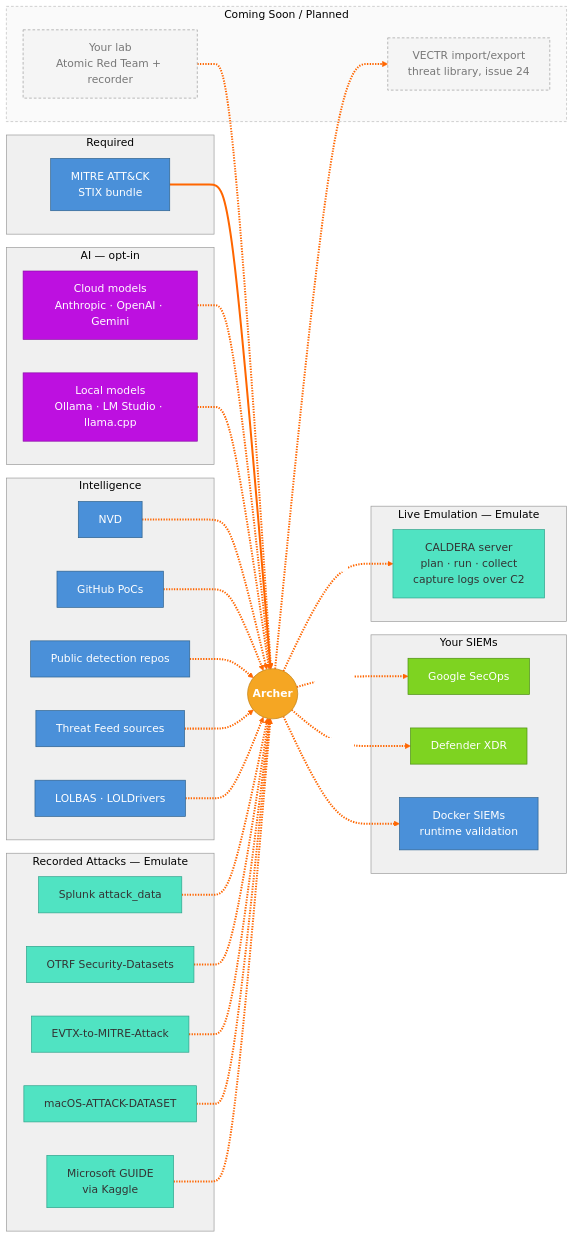
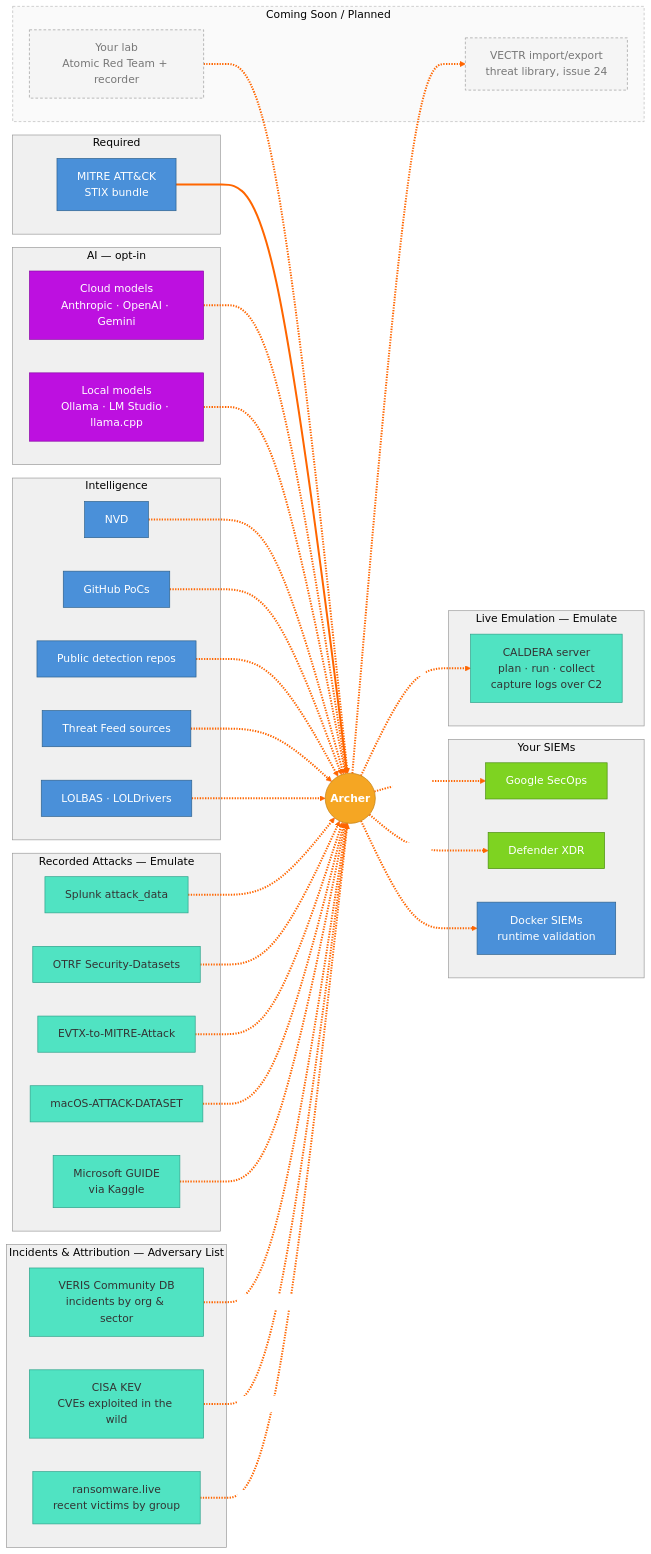
The diagram in docs/architecture/mermaid/09_6_integration_map_external_systems.md (cmdaltr/shikari), drawn with Mermaid before and after one commit. The commit also changed other lines of this file and 6 other files, not shown here.

First line of the commit message:
docs(intel): document the Ordered Adversary List and its incident feeds

```diff
--- a/docs/architecture/mermaid/09_6_integration_map_external_systems.md
+++ b/docs/architecture/mermaid/09_6_integration_map_external_systems.md
@@ -42,6 +42,12 @@
         CALDERA["CALDERA server<br/>plan · run · collect<br/>capture logs over C2"]
     end
 
+    subgraph ATTR ["Incidents & Attribution — Adversary List"]
+        VCDB["VERIS Community DB<br/>incidents by org & sector"]
+        KEV["CISA KEV<br/>CVEs exploited in the wild"]
+        RL["ransomware.live<br/>recent victims by group"]
+    end
+
     subgraph SOON ["Coming Soon / Planned"]
         LAB["Your lab<br/>Atomic Red Team + recorder"]
         VECTR["VECTR import/export<br/>threat library, issue 24"]
@@ -61,6 +67,7 @@
     ARCHER -.->|"queries"| MDE
     ARCHER -.-> DOCKER
     ARCHER -.->|"REST"| CALDERA
+    VCDB & KEV & RL -.->|"cached feeds"| ARCHER
     LAB -.-> ARCHER
     ARCHER -.-> VECTR
 
@@ -76,6 +83,9 @@
     style EVTX fill:#50e3c2,stroke:#2ca089,color:#333
     style MAC fill:#50e3c2,stroke:#2ca089,color:#333
     style GUIDE fill:#50e3c2,stroke:#2ca089,color:#333
+    style VCDB fill:#50e3c2,stroke:#2ca089,color:#333
+    style KEV fill:#50e3c2,stroke:#2ca089,color:#333
+    style RL fill:#50e3c2,stroke:#2ca089,color:#333
     style SOON fill:#fafafa,stroke:#bbb,stroke-dasharray:4 3
     style LAB fill:#f5f5f5,stroke:#999,stroke-dasharray:4 3,color:#777
     style VECTR fill:#f5f5f5,stroke:#999,stroke-dasharray:4 3,color:#777
```
